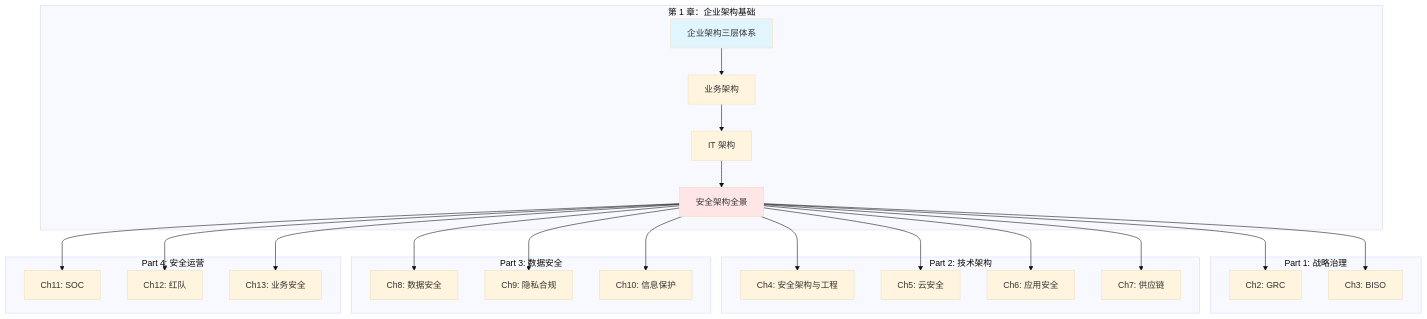
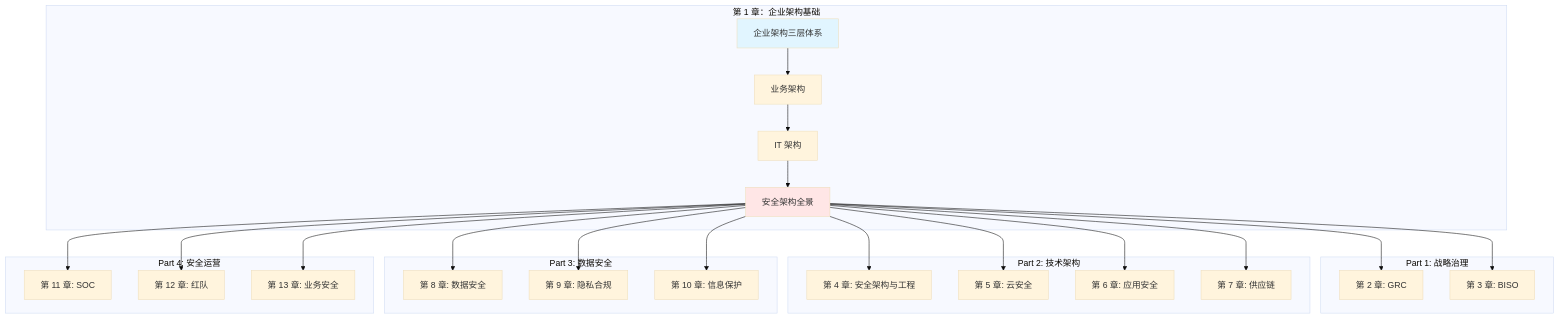
Before and after one commit to cybermaxluo/AI-ESA: the diagram in chapters/part_01_foundation_strategic_governance/chapter_01_enterprise_architecture_foundation/README.md, drawn with Mermaid (base theme). The commit also changed other lines of this file and 108 other files, not shown here.

````diff
--- a/chapters/part_01_foundation_strategic_governance/chapter_01_enterprise_architecture_foundation/README.md
+++ b/chapters/part_01_foundation_strategic_governance/chapter_01_enterprise_architecture_foundation/README.md
@@ -133,53 +134,53 @@
 ```mermaid
 graph TB
     subgraph "第 1 章：企业架构基础"
     A[企业架构三层体系]
     B[业务架构]
     C[IT 架构]
     D[安全架构全景]
     end
 
     A --> B
     B --> C
     C --> D
 
     subgraph "Part 1: 战略治理"
-    E[Ch2: GRC]
-    F[Ch3: BISO]
+    E[第 2 章: GRC]
+    F[第 3 章: BISO]
     end
 
     subgraph "Part 2: 技术架构"
-    G[Ch4: 安全架构与工程]
-    H[Ch5: 云安全]
-    I[Ch6: 应用安全]
-    J[Ch7: 供应链]
+    G[第 4 章: 安全架构与工程]
+    H[第 5 章: 云安全]
+    I[第 6 章: 应用安全]
+    J[第 7 章: 供应链]
     end
 
     subgraph "Part 3: 数据安全"
-    K[Ch8: 数据安全]
-    L[Ch9: 隐私合规]
-    M[Ch10: 信息保护]
+    K[第 8 章: 数据安全]
+    L[第 9 章: 隐私合规]
+    M[第 10 章: 信息保护]
     end
 
     subgraph "Part 4: 安全运营"
-    N[Ch11: SOC]
-    O[Ch12: 红队]
-    P[Ch13: 业务安全]
+    N[第 11 章: SOC]
+    O[第 12 章: 红队]
+    P[第 13 章: 业务安全]
     end
 
     D --> E
     D --> F
     D --> G
     D --> H
     D --> I
     D --> J
     D --> K
     D --> L
     D --> M
     D --> N
     D --> O
     D --> P
 
     style A fill:#e1f5ff
     style D fill:#ffe6e6
 ```
````
